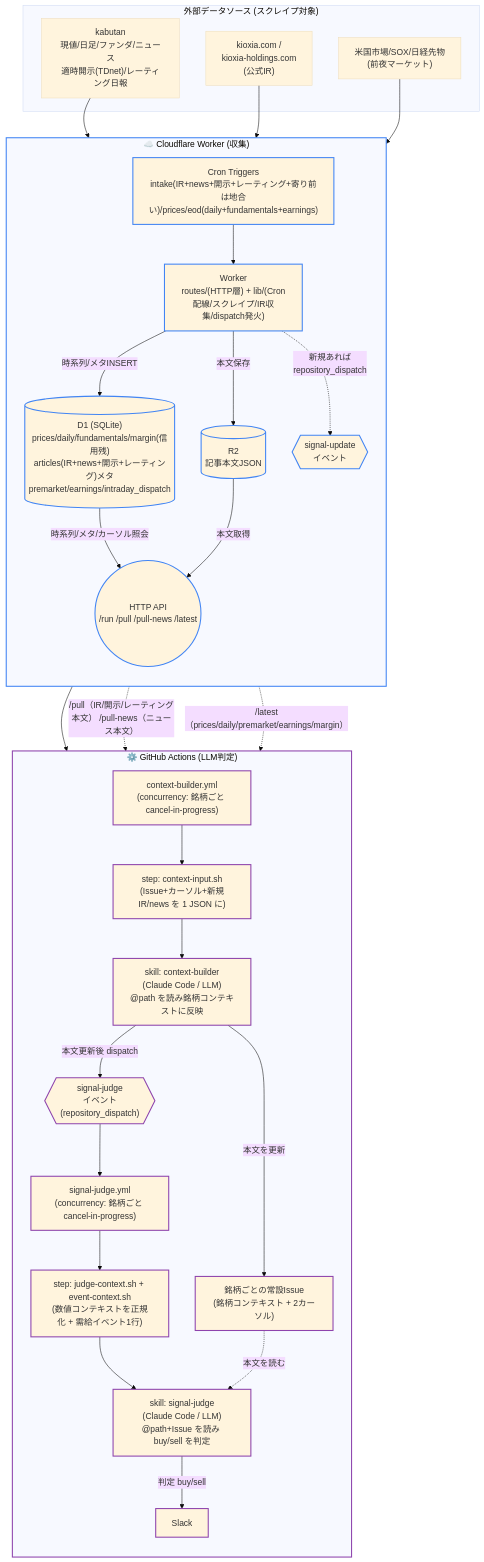
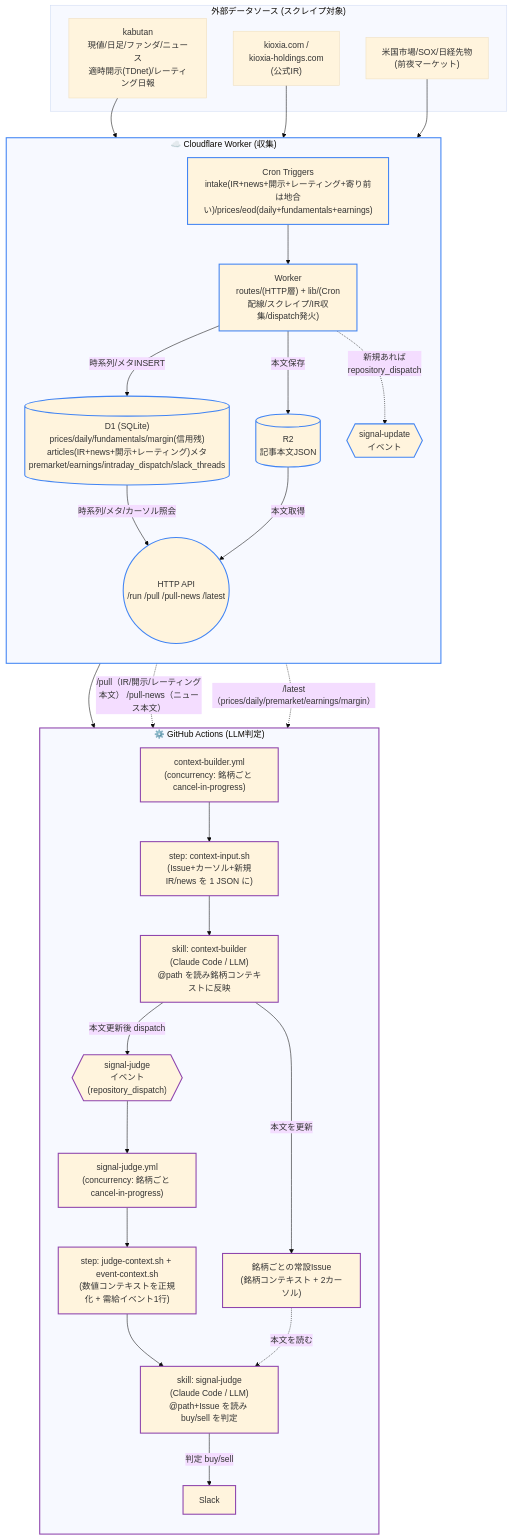
Before and after one commit to omni-stove/stock-signals: the first of 2 diagrams in README.md, drawn with Mermaid (base theme). The commit also changed other lines of this file and 21 other files, not shown here.

````diff
--- a/README.md
+++ b/README.md
@@ -34,62 +35,62 @@
 ```mermaid
 flowchart TB
     subgraph EXT["外部データソース (スクレイプ対象)"]
         KABUTAN["kabutan<br/>現値/日足/ファンダ/ニュース<br/>適時開示(TDnet)/レーティング日報"]
         KIOXIA["kioxia.com /<br/>kioxia-holdings.com<br/>(公式IR)"]
         MARKET["米国市場/SOX/日経先物<br/>(前夜マーケット)"]
     end
 
     subgraph CLOUD["☁️ Cloudflare Worker (収集)"]
         direction TB
         CRON_CF["Cron Triggers<br/>intake(IR+news+開示+レーティング+寄り前は地合い)/prices/eod(daily+fundamentals+earnings)"]
         WORKER["Worker<br/>routes/(HTTP層) + lib/(Cron配線/スクレイプ/IR収集/dispatch発火)"]
-        D1[("D1 (SQLite)<br/>prices/daily/fundamentals/margin(信用残)<br/>articles(IR+news+開示+レーティング)メタ<br/>premarket/earnings/intraday_dispatch")]
+        D1[("D1 (SQLite)<br/>prices/daily/fundamentals/margin(信用残)<br/>articles(IR+news+開示+レーティング)メタ<br/>premarket/earnings/intraday_dispatch/slack_threads")]
         R2[("R2<br/>記事本文JSON")]
         API((HTTP API<br/>/run /pull /pull-news /latest))
         CRON_CF --> WORKER
         WORKER -->|時系列/メタINSERT| D1
         WORKER -->|本文保存| R2
         D1 -->|時系列/メタ/カーソル照会| API
         R2 -->|本文取得| API
         WORKER -.->|新規あれば<br/>repository_dispatch| DISPATCH{{"signal-update<br/>イベント"}}
     end
 
     subgraph GHA["⚙️ GitHub Actions (LLM判定)"]
         direction TB
         CTXWF["context-builder.yml<br/>(concurrency: 銘柄ごと cancel-in-progress)"]
         CTXIN["step: context-input.sh<br/>(Issue+カーソル+新規IR/news を 1 JSON に)"]
         CTXSKILL["skill: context-builder<br/>(Claude Code / LLM)<br/>@path を読み銘柄コンテキストに反映"]
         JUDGEDISP{{"signal-judge<br/>イベント<br/>(repository_dispatch)"}}
         JUDGEWF["signal-judge.yml<br/>(concurrency: 銘柄ごと cancel-in-progress)"]
         JUDGECTX["step: judge-context.sh + event-context.sh<br/>(数値コンテキストを正規化 + 需給イベント1行)"]
         JUDGESKILL["skill: signal-judge<br/>(Claude Code / LLM)<br/>@path+Issue を読み buy/sell を判定"]
         ISSUE["銘柄ごとの常設Issue<br/>(銘柄コンテキスト + 2カーソル)"]
         SLACK["Slack"]
         CTXWF --> CTXIN --> CTXSKILL -->|本文を更新| ISSUE
         CTXSKILL -->|本文更新後 dispatch| JUDGEDISP --> JUDGEWF --> JUDGECTX --> JUDGESKILL
         ISSUE -.->|本文を読む| JUDGESKILL
         JUDGESKILL -->|判定 buy/sell| SLACK
     end
 
     %% 外部 → 収集
     KABUTAN --> WORKER
     KIOXIA --> WORKER
     MARKET --> WORKER
 
     %% subgraph を縦に固定 (不可視リンク: subgraph 単位で上下を強制)
     EXT ~~~ CLOUD
     CLOUD ~~~ GHA
 
     %% Worker → Actions
     DISPATCH --> CTXWF
 
     %% Actions → Worker (材料引きは workflow step が代行し skill へ @path で渡す)
     %% 縦積みを崩さぬよう横断する戻り参照は破線 (重み低)
     API -.->|/pull（IR/開示/レーティング本文） /pull-news（ニュース本文）| CTXIN
     API -.->|/latest（prices/daily/premarket/earnings/margin）| JUDGECTX
 
     classDef cloud stroke:#4285f4,stroke-width:2px
     classDef gha stroke:#8e44ad,stroke-width:2px
     class CLOUD,CRON_CF,WORKER,D1,R2,API,DISPATCH cloud
     class GHA,CTXWF,CTXIN,CTXSKILL,JUDGEDISP,JUDGEWF,JUDGECTX,JUDGESKILL,ISSUE,SLACK gha
 ```
````
